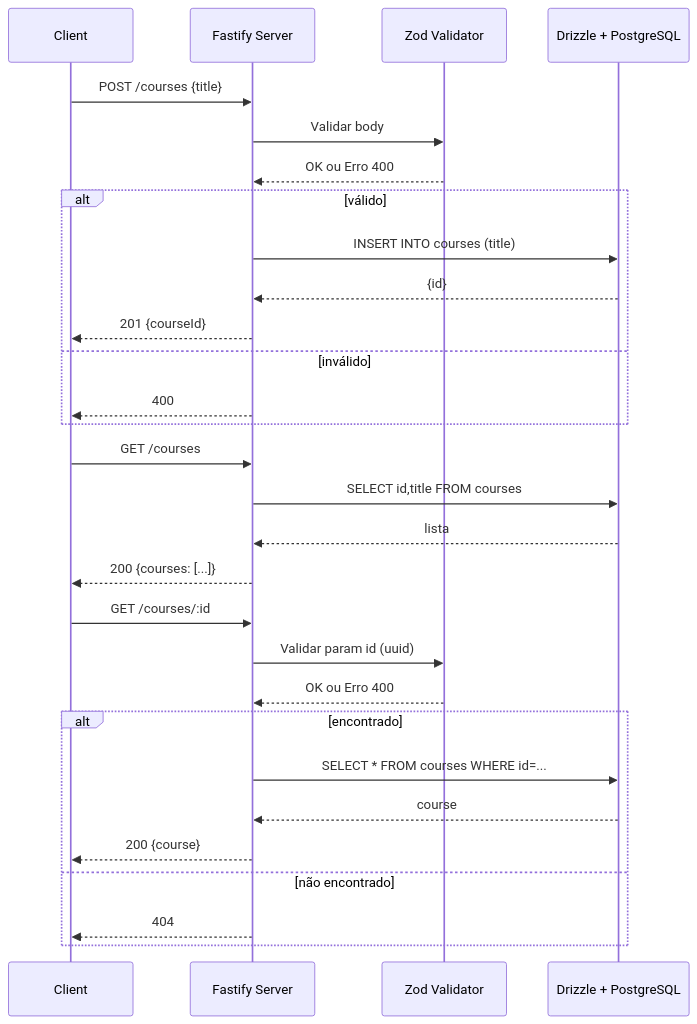
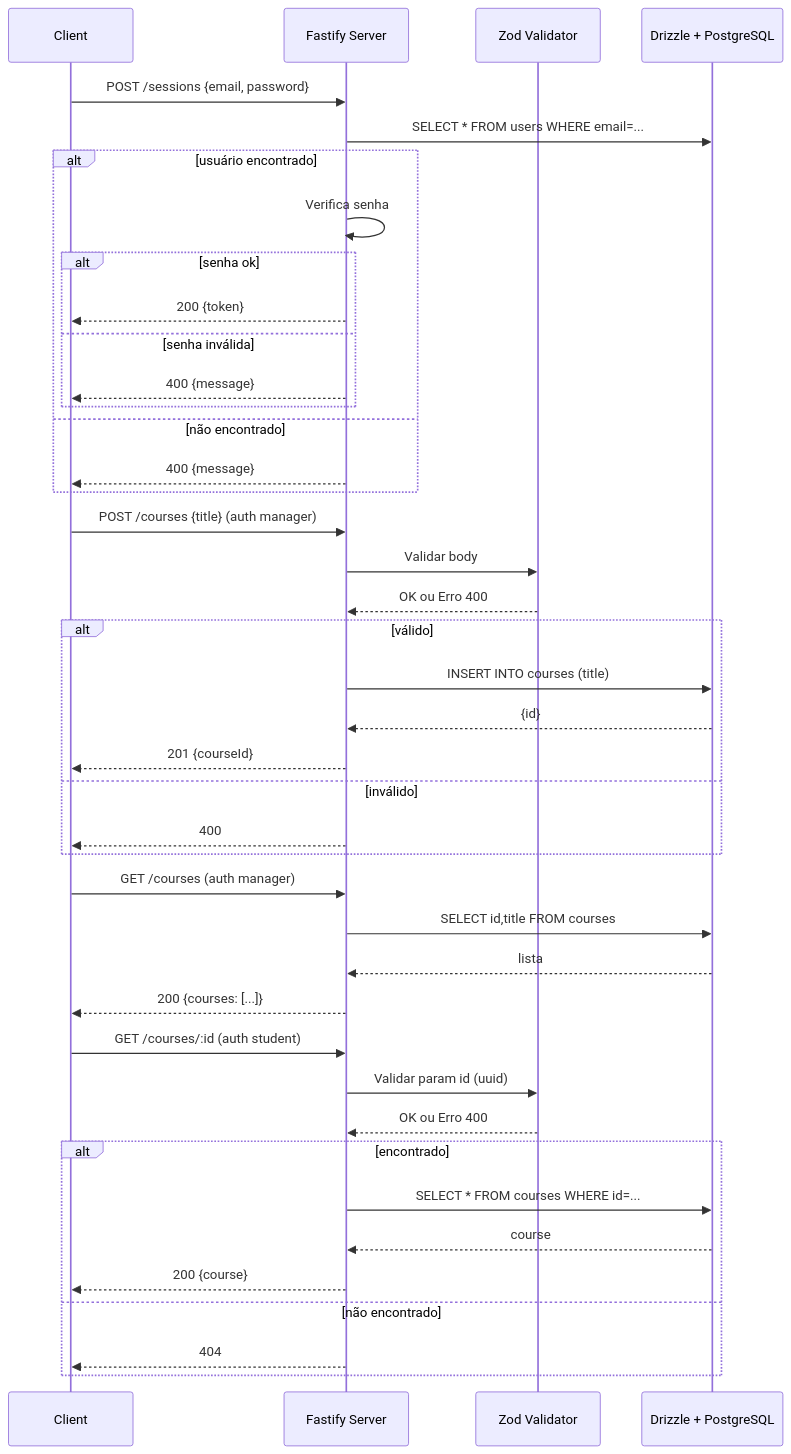
One commit to EuduardoP/desafio-api-nodejs changed the diagram in README.md. Above: the diagram before and after it, drawn with Mermaid. The commit also changed other lines of this file, not shown here.

````diff
--- a/README.md
+++ b/README.md
@@ -109,34 +130,47 @@
 ```mermaid
 sequenceDiagram
   participant C as Client
   participant S as Fastify Server
   participant V as Zod Validator
   participant DB as Drizzle + PostgreSQL
 
-  C->>S: POST /courses {title}
+  C->>S: POST /sessions {email, password}
+  S->>DB: SELECT * FROM users WHERE email=...
+  alt usuário encontrado
+    S->>S: Verifica senha
+    alt senha ok
+      S-->>C: 200 {token}
+    else senha inválida
+      S-->>C: 400 {message}
+    end
+  else não encontrado
+    S-->>C: 400 {message}
+  end
+
+  C->>S: POST /courses {title} (auth manager)
   S->>V: Validar body
   V-->>S: OK ou Erro 400
   alt válido
     S->>DB: INSERT INTO courses (title)
     DB-->>S: {id}
     S-->>C: 201 {courseId}
   else inválido
     S-->>C: 400
   end
 
-  C->>S: GET /courses
+  C->>S: GET /courses (auth manager)
   S->>DB: SELECT id,title FROM courses
   DB-->>S: lista
   S-->>C: 200 {courses: [...]}
 
-  C->>S: GET /courses/:id
+  C->>S: GET /courses/:id (auth student)
   S->>V: Validar param id (uuid)
   V-->>S: OK ou Erro 400
   alt encontrado
     S->>DB: SELECT * FROM courses WHERE id=...
     DB-->>S: course
     S-->>C: 200 {course}
   else não encontrado
     S-->>C: 404
   end
 ```
````
